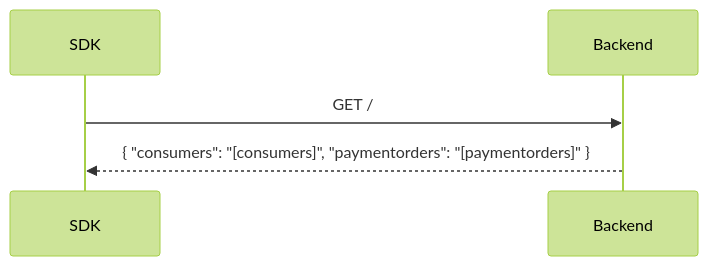
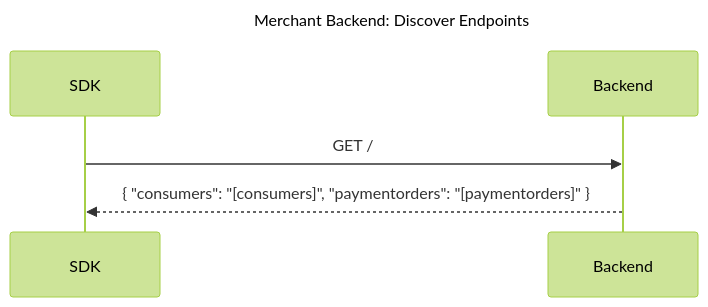
One commit to SwedbankPay/developer.swedbankpay.com changed the third of 8 diagrams in checkout-v3/modules-sdks/mobile-sdk/process-diagrams.md. Above: the diagram before and after it, drawn with Mermaid (forest theme). The commit also changed other lines of this file and 66 other files, not shown here.

Commit message:
Added titles in sequence diagrams

````diff
--- a/checkout-v3/modules-sdks/mobile-sdk/process-diagrams.md
+++ b/checkout-v3/modules-sdks/mobile-sdk/process-diagrams.md
@@ -129,8 +131,9 @@
 ```mermaid
 sequenceDiagram
+title: Merchant Backend: Discover Endpoints
     participant SDK
     participant Backend
 
     SDK ->> Backend: GET /
     Backend -->> SDK: { "consumers": "[consumers]", "paymentorders": "[paymentorders]" }
 ```
````
